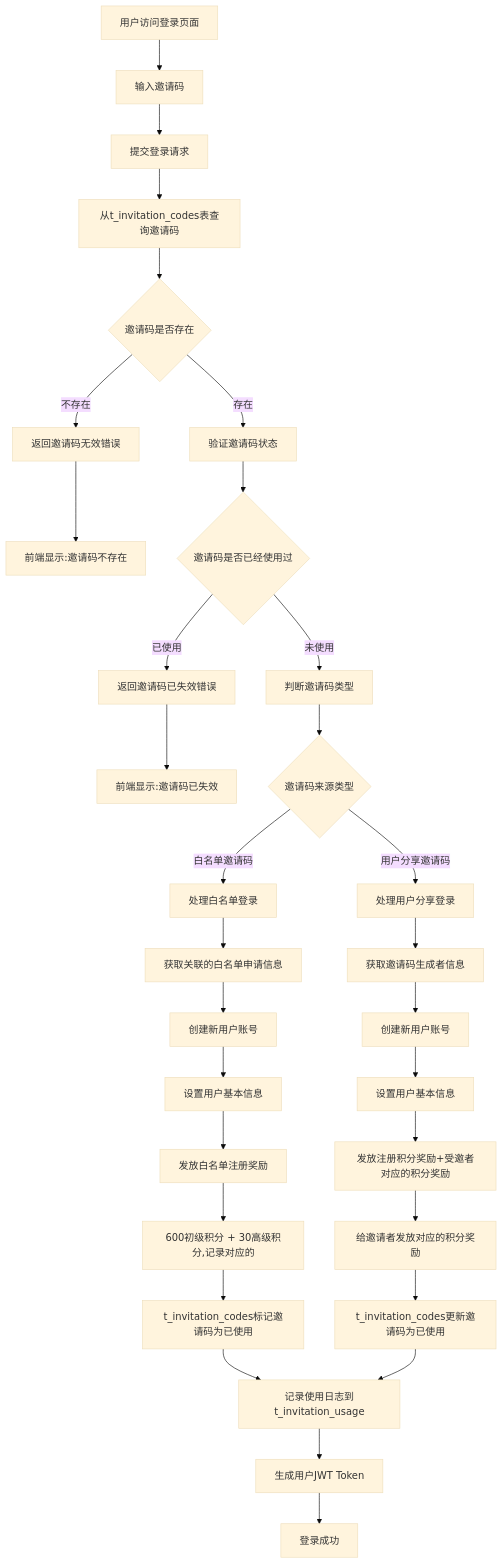
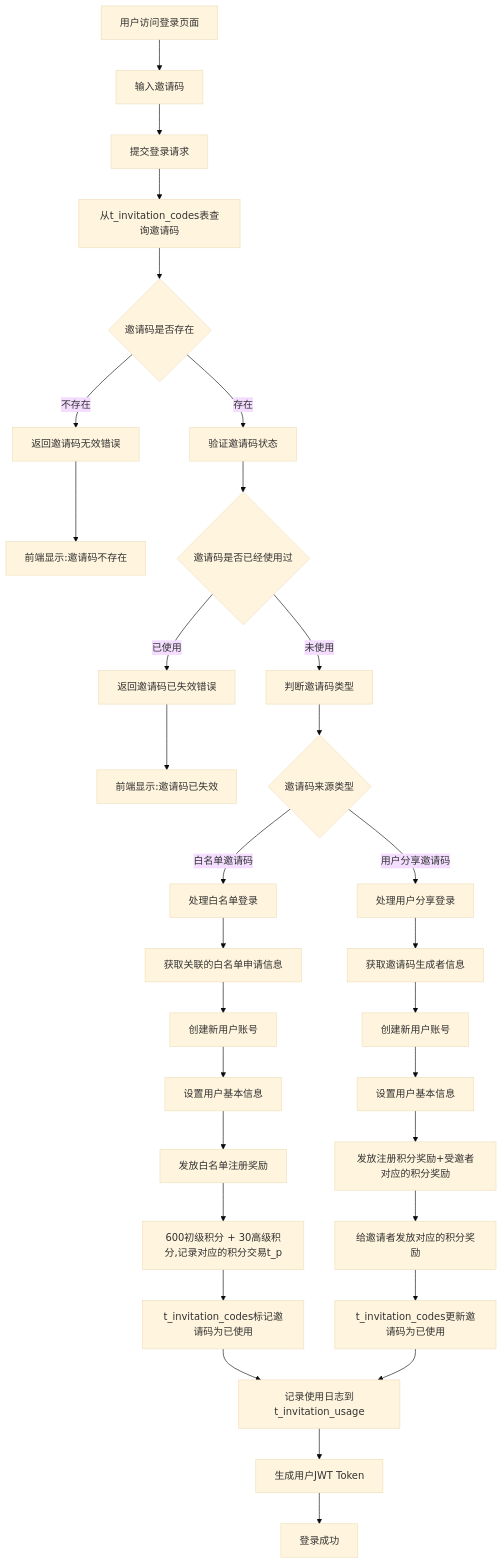
The diagram in all/未命名-74.md (yingjianzh/iodraw-files), drawn with Mermaid (base theme) before and after one commit.

Commit message:
2025-07-07 14:02:22 update

````diff
--- a/all/未命名-74.md
+++ b/all/未命名-74.md
@@ -1,40 +1,40 @@
 ```mermaid
 
 flowchart TD
     A[用户访问登录页面] --> B[输入邀请码]
     B --> E[提交登录请求]
     E --> H[从t_invitation_codes表查询邀请码]
     H --> I{邀请码是否存在}
     I -->|不存在| J[返回邀请码无效错误]
     J --> K[前端显示:邀请码不存在]
     
     I -->|存在| L[验证邀请码状态]
     L --> M{邀请码是否已经使用过}
     M -->|已使用| N[返回邀请码已失效错误]
     N --> O[前端显示:邀请码已失效]
     
     M -->|未使用| X[判断邀请码类型]
     X --> Y{邀请码来源类型}
     
     Y -->|白名单邀请码| Z[处理白名单登录]
     Z --> Z1[获取关联的白名单申请信息]
     Z1 --> Z2[创建新用户账号]
     Z2 --> Z3[设置用户基本信息]
     Z3 --> Z4[发放白名单注册奖励]
-    Z4 --> Z5[600初级积分 + 30高级积分,记录对应的]
+    Z4 --> Z5[600初级积分 + 30高级积分,记录对应的积分交易t_p]
     Z5 --> Z6[t_invitation_codes标记邀请码为已使用]
     Z6 --> AA[记录使用日志到t_invitation_usage]
     
     Y -->|用户分享邀请码| BB[处理用户分享登录]
     BB --> BB1[获取邀请码生成者信息]
     BB1 --> BB2[创建新用户账号]
     BB2 --> BB3[设置用户基本信息]
     BB3 --> BB4[发放注册积分奖励+受邀者对应的积分奖励]
     BB4 --> BB5[给邀请者发放对应的积分奖励]
     BB5 --> BB6[t_invitation_codes更新邀请码为已使用]
     BB6 --> AA
     
     AA --> CC[生成用户JWT Token]
     CC --> DD[登录成功]  
 
 ```
````
